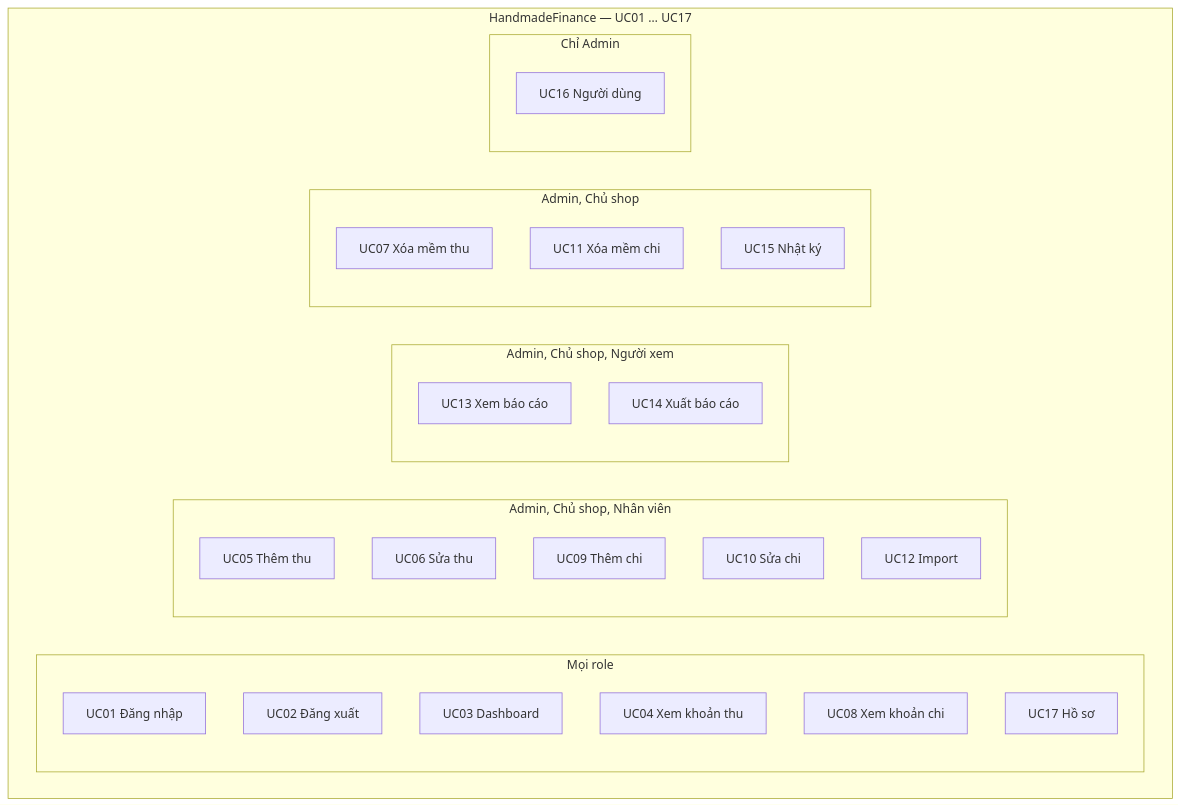
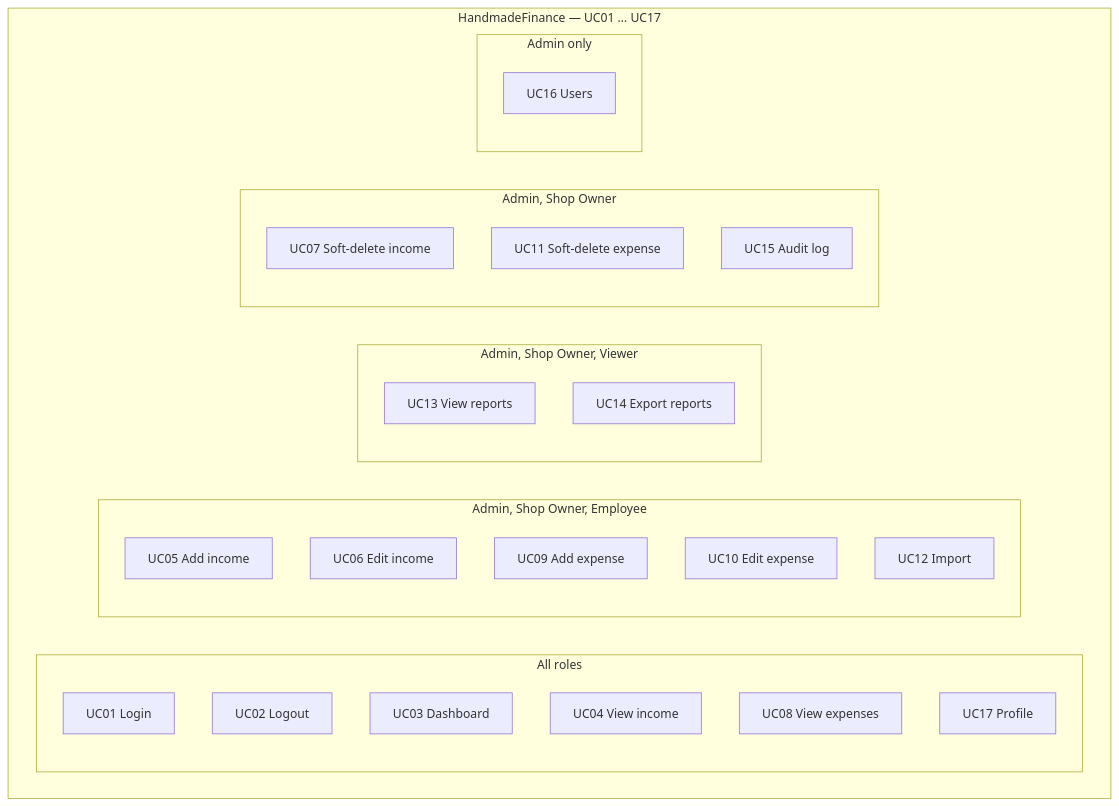
One commit to PhamHiep948/finance-manager changed the diagram in docs/03-use-cases.md. Above: the diagram before and after it, drawn with Mermaid. The commit also changed other lines of this file and 30 other files, not shown here.

Commit message:
Add ESSENTIAL arc42 architecture docs with context, container, and component diagrams, and update the C4 views and project documentation.

````diff
--- a/docs/03-use-cases.md
+++ b/docs/03-use-cases.md
@@ -42,32 +42,32 @@
 ```mermaid
 flowchart TB
   subgraph FM ["HandmadeFinance — UC01 … UC17"]
-    subgraph moi ["Mọi role"]
-      UC01[UC01 Đăng nhập]
-      UC02[UC02 Đăng xuất]
+    subgraph all ["All roles"]
+      UC01[UC01 Login]
+      UC02[UC02 Logout]
       UC03[UC03 Dashboard]
-      UC04[UC04 Xem khoản thu]
-      UC08[UC08 Xem khoản chi]
-      UC17[UC17 Hồ sơ]
+      UC04[UC04 View income]
+      UC08[UC08 View expenses]
+      UC17[UC17 Profile]
     end
-    subgraph nhap ["Admin, Chủ shop, Nhân viên"]
-      UC05[UC05 Thêm thu]
-      UC06[UC06 Sửa thu]
-      UC09[UC09 Thêm chi]
-      UC10[UC10 Sửa chi]
+    subgraph entry ["Admin, Shop Owner, Employee"]
+      UC05[UC05 Add income]
+      UC06[UC06 Edit income]
+      UC09[UC09 Add expense]
+      UC10[UC10 Edit expense]
       UC12[UC12 Import]
     end
-    subgraph bc ["Admin, Chủ shop, Người xem"]
-      UC13[UC13 Xem báo cáo]
-      UC14[UC14 Xuất báo cáo]
+    subgraph reports ["Admin, Shop Owner, Viewer"]
+      UC13[UC13 View reports]
+      UC14[UC14 Export reports]
     end
-    subgraph xoa ["Admin, Chủ shop"]
-      UC07[UC07 Xóa mềm thu]
-      UC11[UC11 Xóa mềm chi]
-      UC15[UC15 Nhật ký]
+    subgraph deleteGroup ["Admin, Shop Owner"]
+      UC07[UC07 Soft-delete income]
+      UC11[UC11 Soft-delete expense]
+      UC15[UC15 Audit log]
     end
-    subgraph ad ["Chỉ Admin"]
-      UC16[UC16 Người dùng]
+    subgraph adminOnly ["Admin only"]
+      UC16[UC16 Users]
     end
   end
 ```
````
